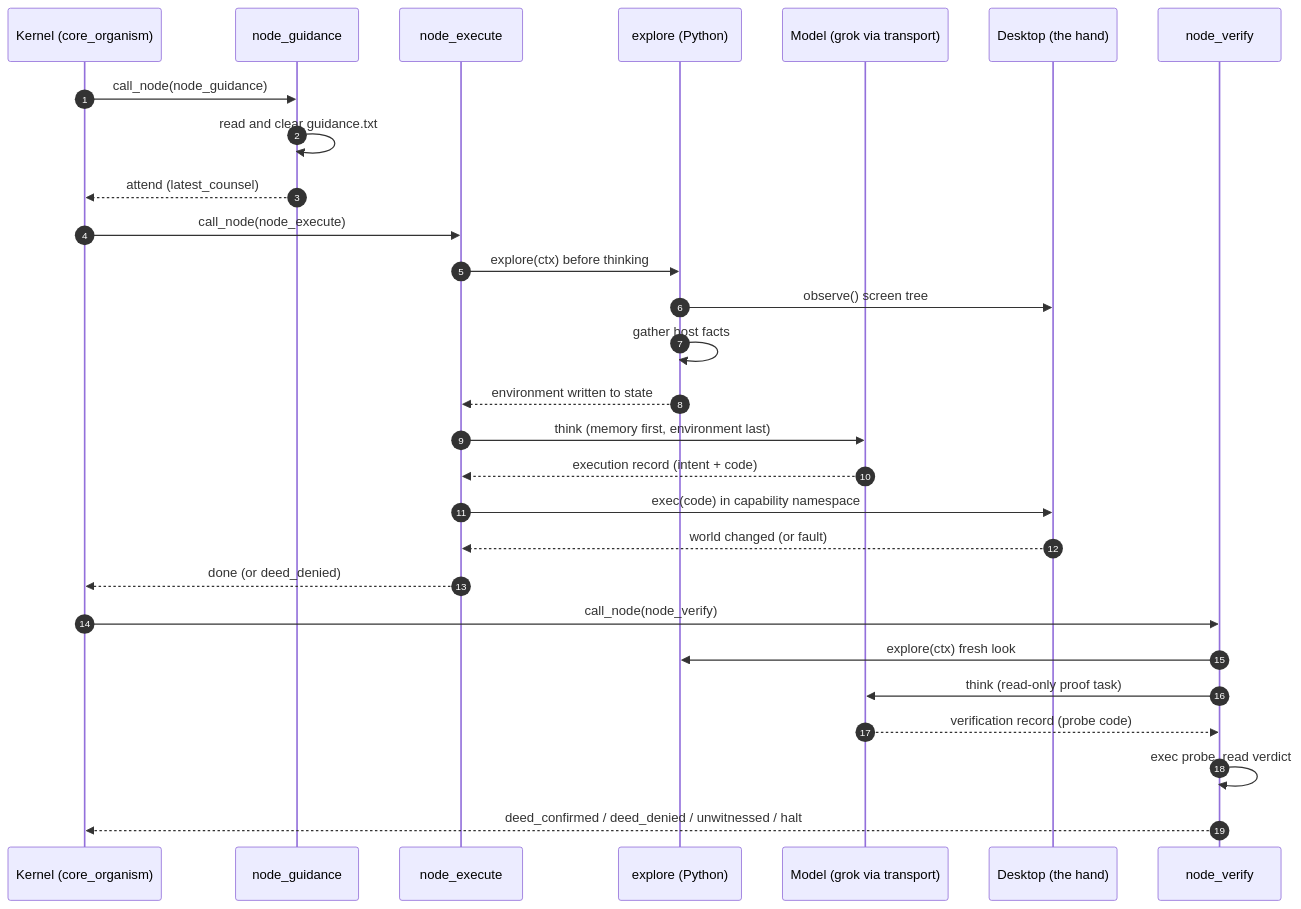
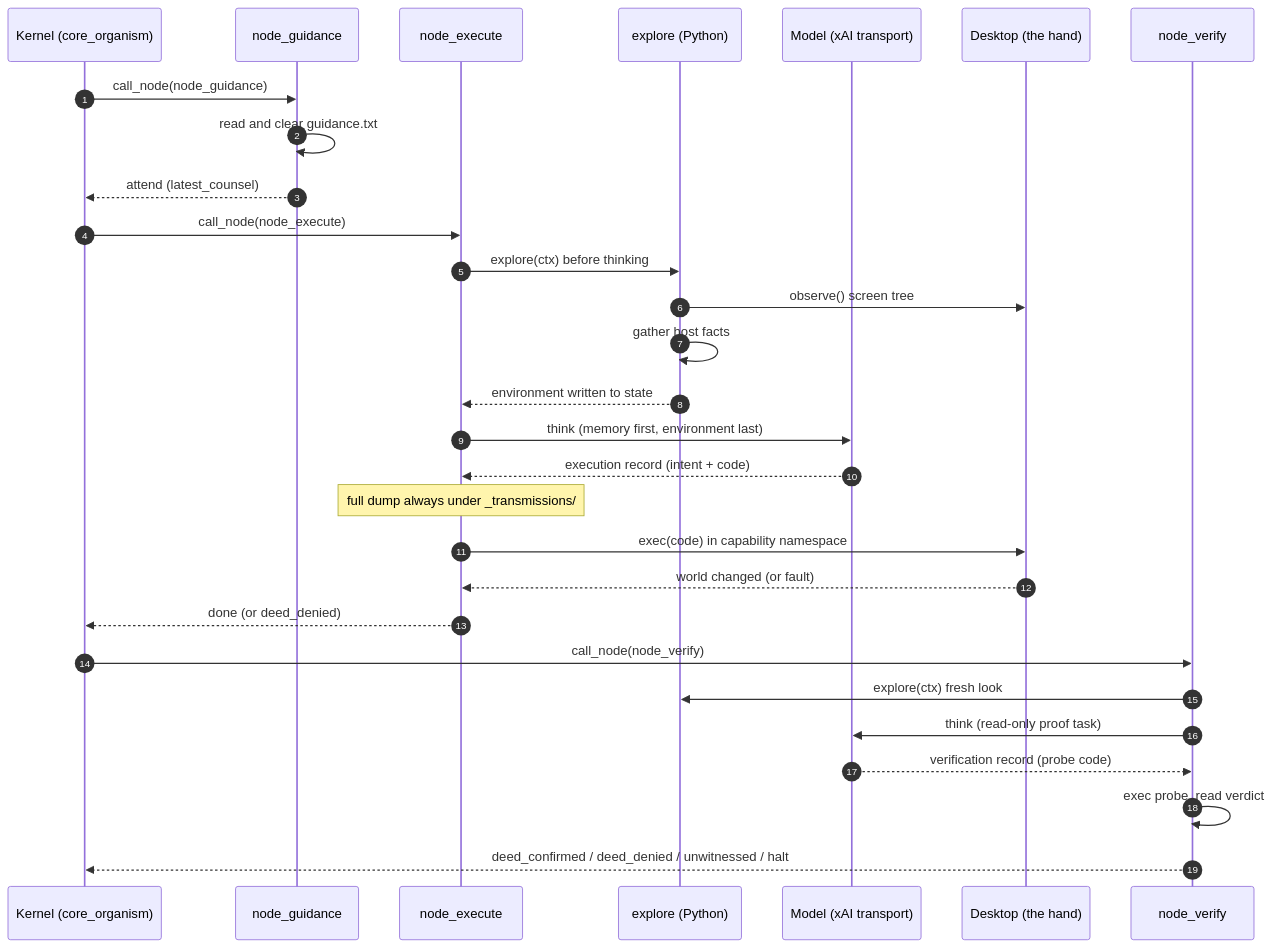
The second of 10 diagrams in README.md (wgabrys88/endgame-ai), drawn with Mermaid before and after one commit. The commit also changed other lines of this file, not shown here.

````diff
--- a/README.md
+++ b/README.md
@@ -244,33 +286,34 @@
 ```mermaid
 sequenceDiagram
     autonumber
     participant K as Kernel (core_organism)
     participant GD as node_guidance
     participant EX as node_execute
     participant PY as explore (Python)
-    participant M as Model (grok via transport)
+    participant M as Model (xAI transport)
     participant D as Desktop (the hand)
     participant VF as node_verify
 
     K->>GD: call_node(node_guidance)
     GD->>GD: read and clear guidance.txt
     GD-->>K: attend (latest_counsel)
 
     K->>EX: call_node(node_execute)
     EX->>PY: explore(ctx) before thinking
     PY->>D: observe() screen tree
     PY->>PY: gather host facts
     PY-->>EX: environment written to state
     EX->>M: think (memory first, environment last)
     M-->>EX: execution record (intent + code)
+    Note over EX: full dump always under _transmissions/
     EX->>D: exec(code) in capability namespace
     D-->>EX: world changed (or fault)
     EX-->>K: done (or deed_denied)
 
     K->>VF: call_node(node_verify)
     VF->>PY: explore(ctx) fresh look
     VF->>M: think (read-only proof task)
     M-->>VF: verification record (probe code)
     VF->>VF: exec probe, read verdict
     VF-->>K: deed_confirmed / deed_denied / unwitnessed / halt
 ```
````
